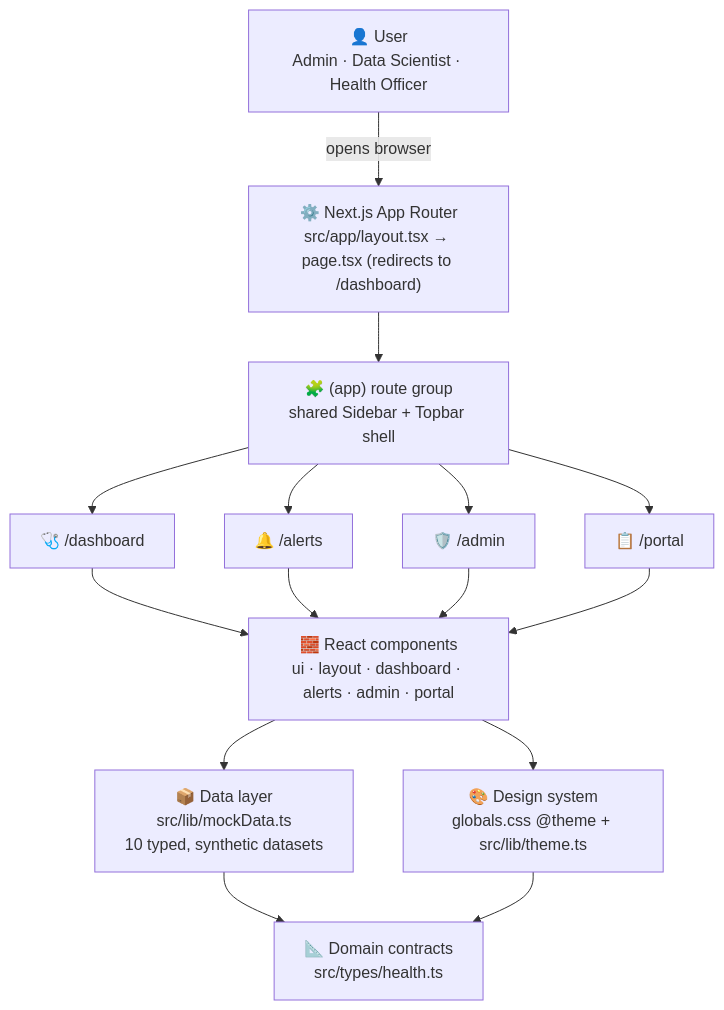
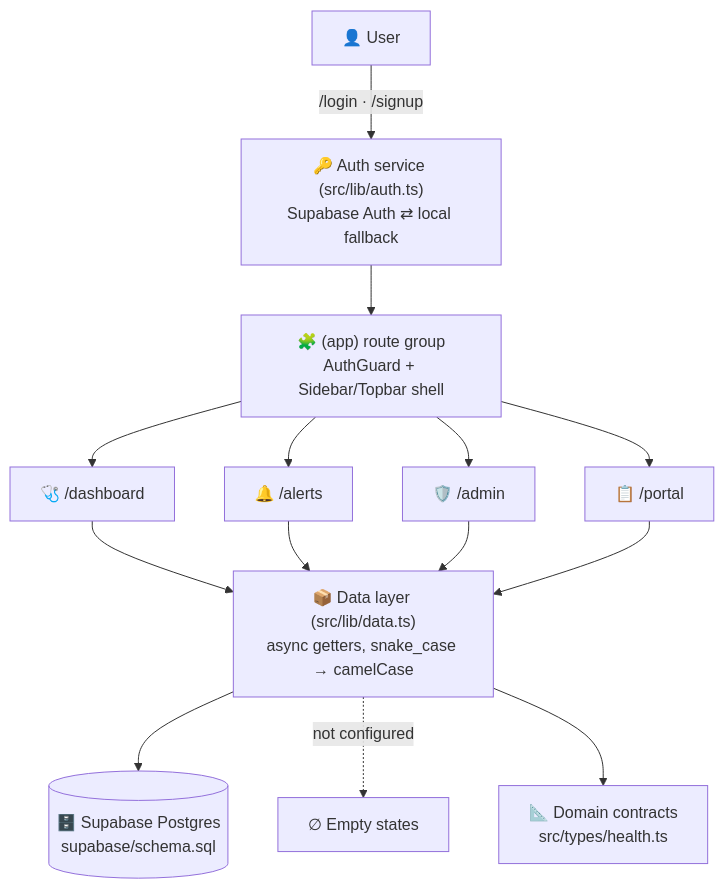
One commit to stphncodes/healthwatch_ng changed the diagram in README.md. Above: the diagram before and after it, drawn with Mermaid. The commit also changed other lines of this file and 41 other files, not shown here.

First line of the commit message:
Add Supabase-ready auth and data layer, remove mock data

````diff
--- a/README.md
+++ b/README.md
@@ -78,23 +56,15 @@
 ```mermaid
 flowchart TD
-    U["👤 User<br/>Admin · Data Scientist · Health Officer"] -->|opens browser| ROOT
-
-    ROOT["⚙️ Next.js App Router<br/>src/app/layout.tsx → page.tsx (redirects to /dashboard)"]
-    ROOT --> RG["🧩 (app) route group<br/>shared Sidebar + Topbar shell"]
+    U["👤 User"] -->|/login · /signup| AUTH["🔑 Auth service (src/lib/auth.ts)<br/>Supabase Auth ⇄ local fallback"]
+    AUTH --> RG["🧩 (app) route group<br/>AuthGuard + Sidebar/Topbar shell"]
 
     RG --> D["🩺 /dashboard"]
     RG --> A["🔔 /alerts"]
     RG --> AD["🛡️ /admin"]
     RG --> P["📋 /portal"]
 
-    D --> COMP
-    A --> COMP
-    AD --> COMP
-    P --> COMP
-
-    COMP["🧱 React components<br/>ui · layout · dashboard · alerts · admin · portal"]
-    COMP --> DATA["📦 Data layer<br/>src/lib/mockData.ts<br/>10 typed, synthetic datasets"]
-    COMP --> THEME["🎨 Design system<br/>globals.css @theme + src/lib/theme.ts"]
+    D & A & AD & P --> DATA["📦 Data layer (src/lib/data.ts)<br/>async getters, snake_case → camelCase"]
+    DATA --> SB[("🗄️ Supabase Postgres<br/>supabase/schema.sql")]
+    DATA -.->|not configured| EMPTY["∅ Empty states"]
     DATA --> TYPES["📐 Domain contracts<br/>src/types/health.ts"]
-    THEME --> TYPES
 ```
````
